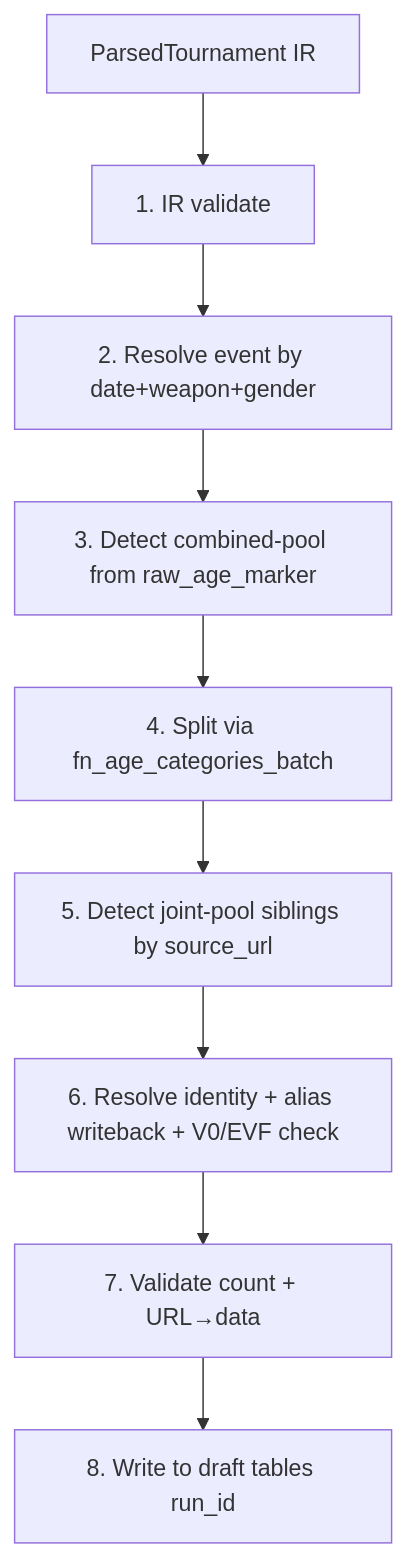
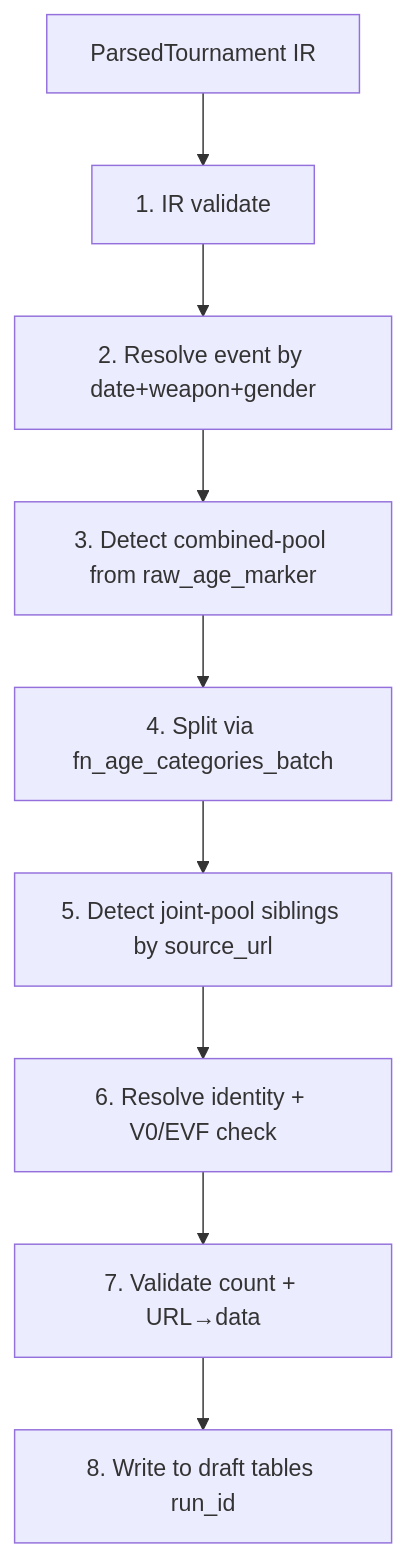
One commit to Fencer4Life/spws-automated-ranklist changed the diagram in doc/plans/rebuild/p3-pipeline.md. Above: the diagram before and after it, drawn with Mermaid. The commit also changed other lines of this file and 20 other files, not shown here.

````diff
--- a/doc/plans/rebuild/p3-pipeline.md
+++ b/doc/plans/rebuild/p3-pipeline.md
@@ -11,11 +23,11 @@
 ```mermaid
 flowchart TD
     IR[ParsedTournament IR] --> S1[1. IR validate]
     S1 --> S2[2. Resolve event by date+weapon+gender]
     S2 --> S3[3. Detect combined-pool from raw_age_marker]
     S3 --> S4[4. Split via fn_age_categories_batch]
     S4 --> S5[5. Detect joint-pool siblings by source_url]
-    S5 --> S6[6. Resolve identity + alias writeback + V0/EVF check]
+    S5 --> S6[6. Resolve identity + V0/EVF check]
     S6 --> S7[7. Validate count + URL→data]
     S7 --> S8[8. Write to draft tables run_id]
 ```
````
